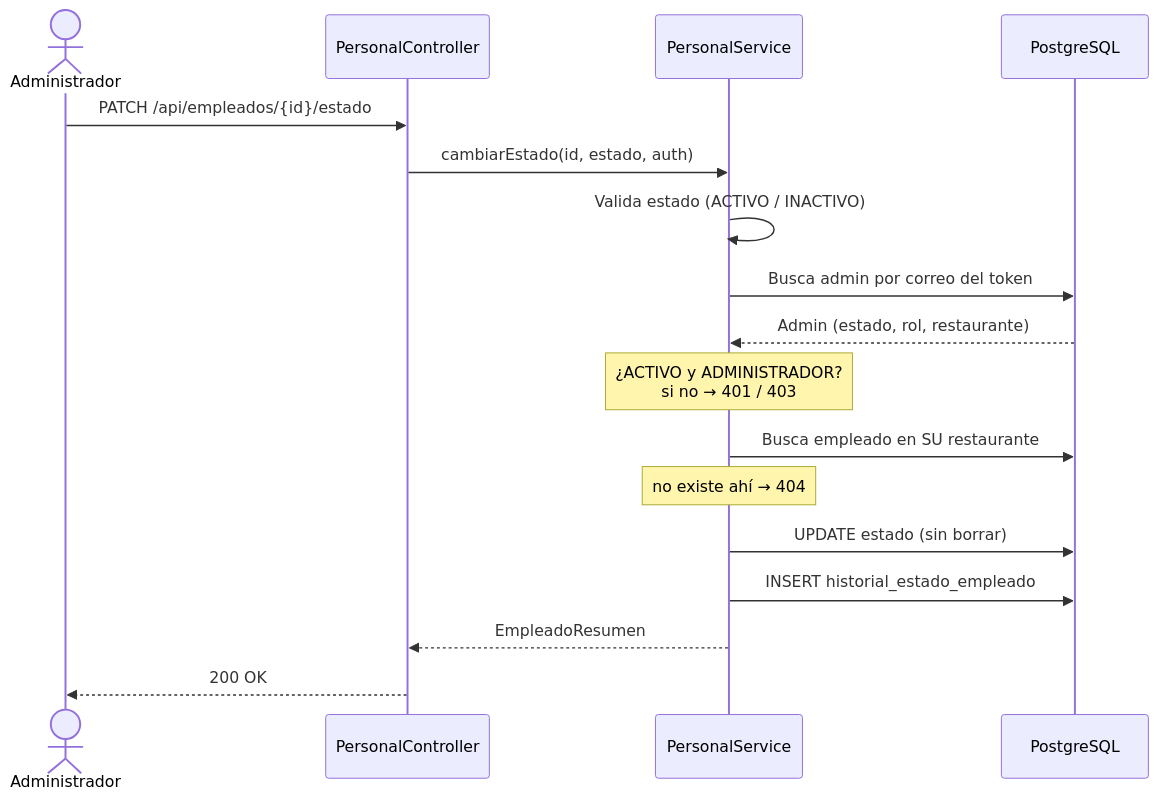
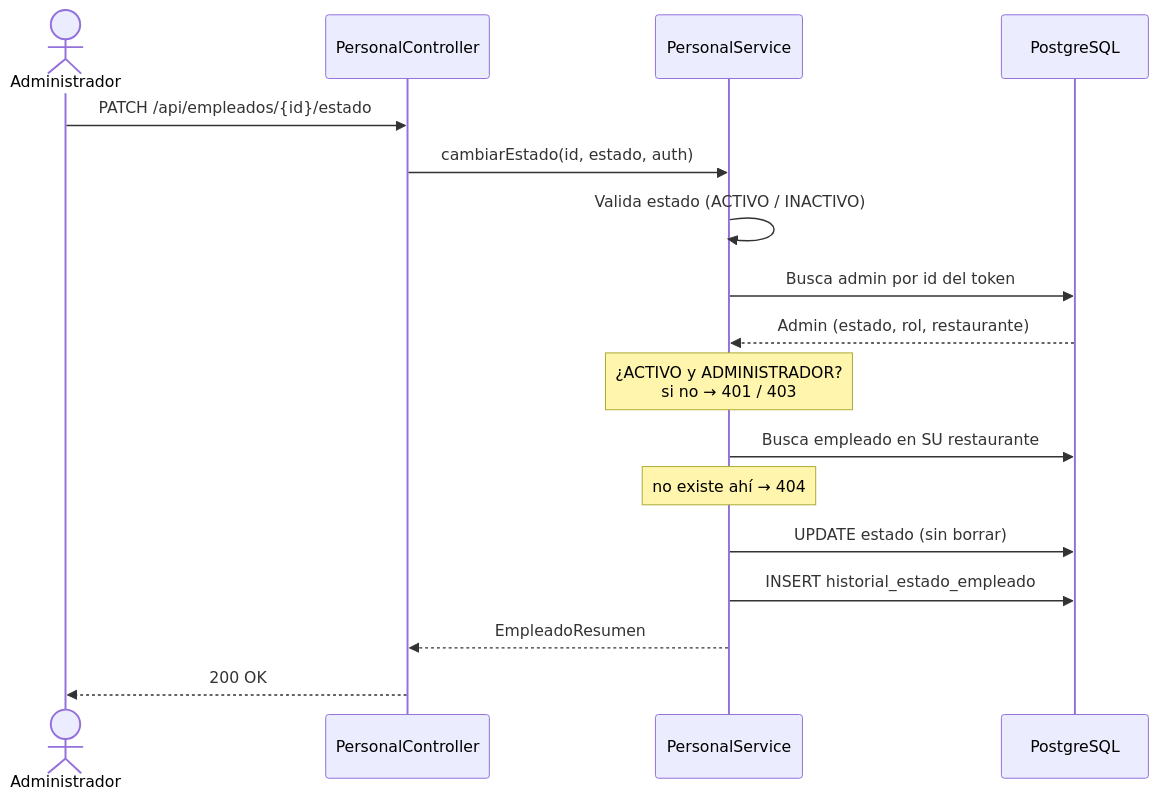
The first of 2 diagrams in docs/HU-03/README.md (diegoz-netizen/GastroMind), drawn with Mermaid before and after one commit. The commit also changed other lines of this file and 1 other file, not shown here.

````diff
--- a/docs/HU-03/README.md
+++ b/docs/HU-03/README.md
@@ -52,20 +52,20 @@
 ```mermaid
 sequenceDiagram
     actor A as Administrador
     participant C as PersonalController
     participant S as PersonalService
     participant DB as PostgreSQL
 
     A->>C: PATCH /api/empleados/{id}/estado
     C->>S: cambiarEstado(id, estado, auth)
     S->>S: Valida estado (ACTIVO / INACTIVO)
-    S->>DB: Busca admin por correo del token
+    S->>DB: Busca admin por id del token
     DB-->>S: Admin (estado, rol, restaurante)
     Note over S: ¿ACTIVO y ADMINISTRADOR?<br/>si no → 401 / 403
     S->>DB: Busca empleado en SU restaurante
     Note over S: no existe ahí → 404
     S->>DB: UPDATE estado (sin borrar)
     S->>DB: INSERT historial_estado_empleado
     S-->>C: EmpleadoResumen
     C-->>A: 200 OK
 ```
````
